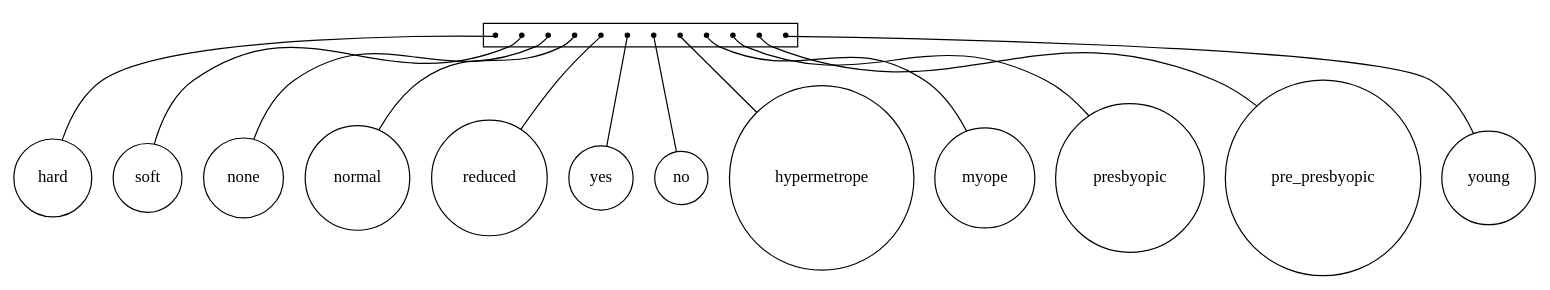
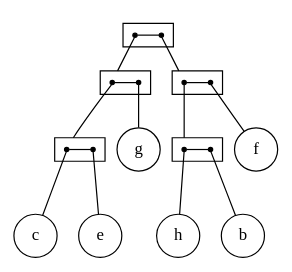
The diagram in src/final/linear_2-structure.dot (lrodrin/TFG), drawn with Graphviz before and after one commit. The commit also changed 3 other files, not shown here.

```diff
--- a/src/final/linear_2-structure.dot
+++ b/src/final/linear_2-structure.dot
@@ -1,47 +1,53 @@
 strict digraph "linear_2-structure" {
 compound=true;
 fontname=Verdana;
 fontsize=12;
 newrank=true;
 node [shape=circle];
-hard;
-soft;
-none;
-normal;
-reduced;
-yes;
-no;
-hypermetrope;
-myope;
-presbyopic;
-pre_presbyopic;
-young;
-subgraph cluster_softnonenopre_presbyopicnormalhardyounghypermetropemyopereducedyespresbyopic {
+f;
+g;
+c;
+e;
+h;
+b;
+subgraph cluster_begchf {
+rank=same;
 node [shape=point];
-s_hard;
-s_soft;
-s_none;
-s_normal;
-s_reduced;
-s_yes;
-s_no;
-s_hypermetrope;
-s_myope;
-s_presbyopic;
-s_pre_presbyopic;
-s_young;
+s_egc -> s_bfh  [arrowhead=none, color=black];
 }
 
-s_hard -> hard  [arrowhead=none];
-s_soft -> soft  [arrowhead=none];
-s_none -> none  [arrowhead=none];
-s_normal -> normal  [arrowhead=none];
-s_reduced -> reduced  [arrowhead=none];
-s_yes -> yes  [arrowhead=none];
-s_no -> no  [arrowhead=none];
-s_hypermetrope -> hypermetrope  [arrowhead=none];
-s_myope -> myope  [arrowhead=none];
-s_presbyopic -> presbyopic  [arrowhead=none];
-s_pre_presbyopic -> pre_presbyopic  [arrowhead=none];
-s_young -> young  [arrowhead=none];
+subgraph cluster_bfh {
+rank=same;
+node [shape=point];
+s_bh -> s_f  [arrowhead=none, color=black];
 }
+
+subgraph cluster_egc {
+rank=same;
+node [shape=point];
+s_ec -> s_g  [arrowhead=none, color=black];
+}
+
+subgraph cluster_ec {
+rank=same;
+node [shape=point];
+s_c -> s_e  [arrowhead=none, color=black];
+}
+
+subgraph cluster_bh {
+rank=same;
+node [shape=point];
+s_h -> s_b  [arrowhead=none, color=black];
+}
+
+s_egc -> s_ec  [arrowhead=none, lhead=cluster_egc];
+s_bfh -> s_bh  [arrowhead=none, lhead=cluster_bfh];
+s_bh -> s_h  [arrowhead=none, lhead=cluster_bh];
+s_f -> f  [arrowhead=none];
+s_ec -> s_c  [arrowhead=none, lhead=cluster_ec];
+s_g -> g  [arrowhead=none];
+s_c -> c  [arrowhead=none];
+s_e -> e  [arrowhead=none];
+s_h -> h  [arrowhead=none];
+s_b -> b  [arrowhead=none];
+}
```
